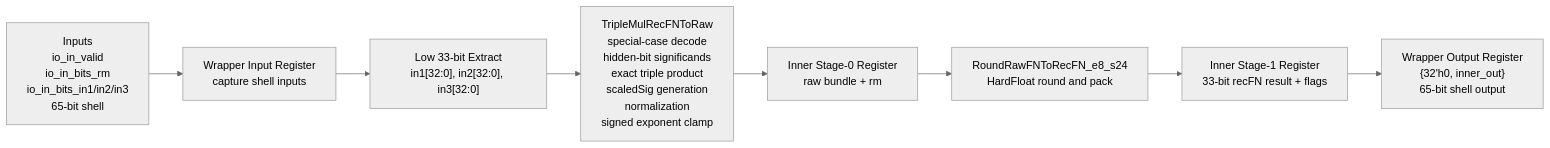
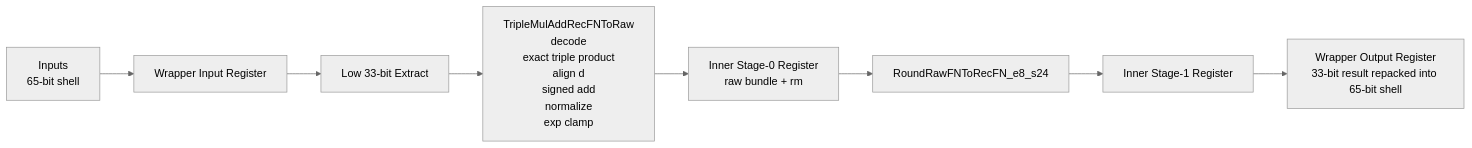
The sixth of 6 diagrams in README.md (kvsaiakhil/triple_fp_units), drawn with Mermaid (neutral theme) before and after one commit. The commit also changed other lines of this file and 23 other files, not shown here.

Commit message:
Add triple multiply-add units and verification flow

````diff
--- a/README.md
+++ b/README.md
@@ -110,10 +143,10 @@
 ```mermaid
 flowchart LR
-  A["Inputs<br/>io_in_valid<br/>io_in_bits_rm<br/>io_in_bits_in1/in2/in3<br/>65-bit shell"] --> B["Wrapper Input Register<br/>capture shell inputs"]
-  B --> C["Low 33-bit Extract<br/>in1[32:0], in2[32:0], in3[32:0]"]
-  C --> D["TripleMulRecFNToRaw<br/>special-case decode<br/>hidden-bit significands<br/>exact triple product<br/>scaledSig generation<br/>normalization<br/>signed exponent clamp"]
+  A["Inputs<br/>65-bit shell"] --> B["Wrapper Input Register"]
+  B --> C["Low 33-bit Extract"]
+  C --> D["TripleMulAddRecFNToRaw<br/>decode<br/>exact triple product<br/>align d<br/>signed add<br/>normalize<br/>exp clamp"]
   D --> E["Inner Stage-0 Register<br/>raw bundle + rm"]
-  E --> F["RoundRawFNToRecFN_e8_s24<br/>HardFloat round and pack"]
-  F --> G["Inner Stage-1 Register<br/>33-bit recFN result + flags"]
-  G --> H["Wrapper Output Register<br/>{32'h0, inner_out}<br/>65-bit shell output"]
+  E --> F["RoundRawFNToRecFN_e8_s24"]
+  F --> G["Inner Stage-1 Register"]
+  G --> H["Wrapper Output Register<br/>33-bit result repacked into 65-bit shell"]
 ```
````
